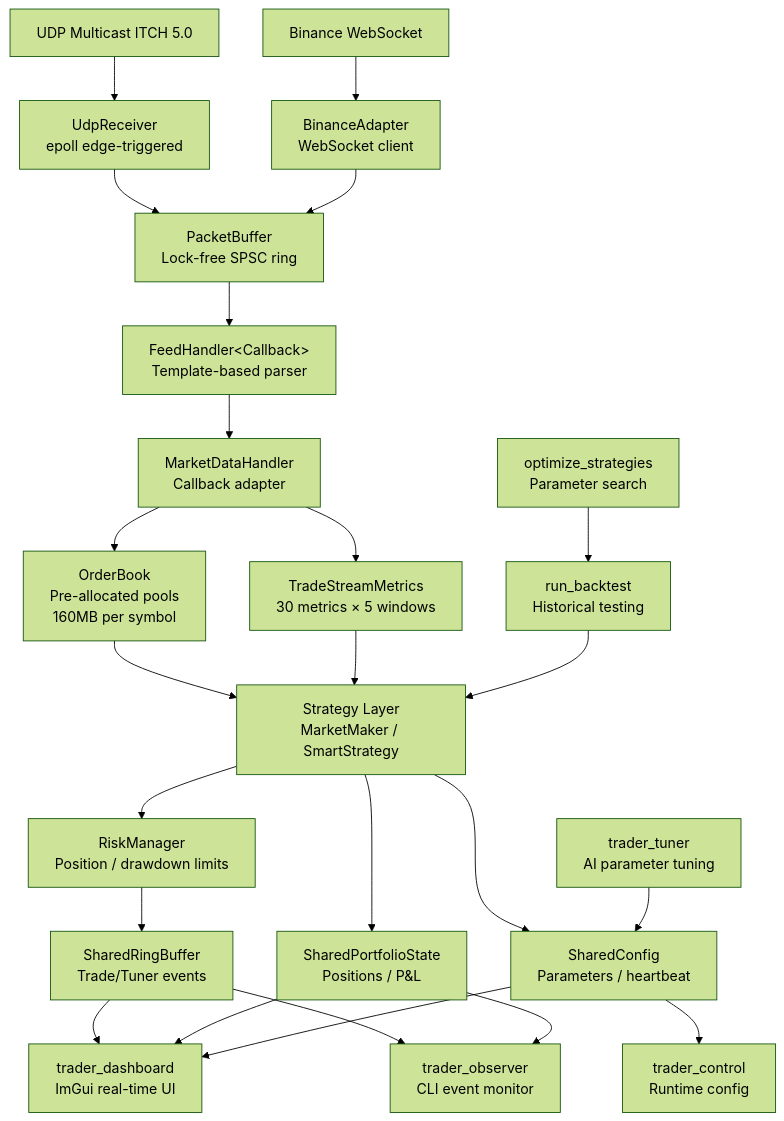
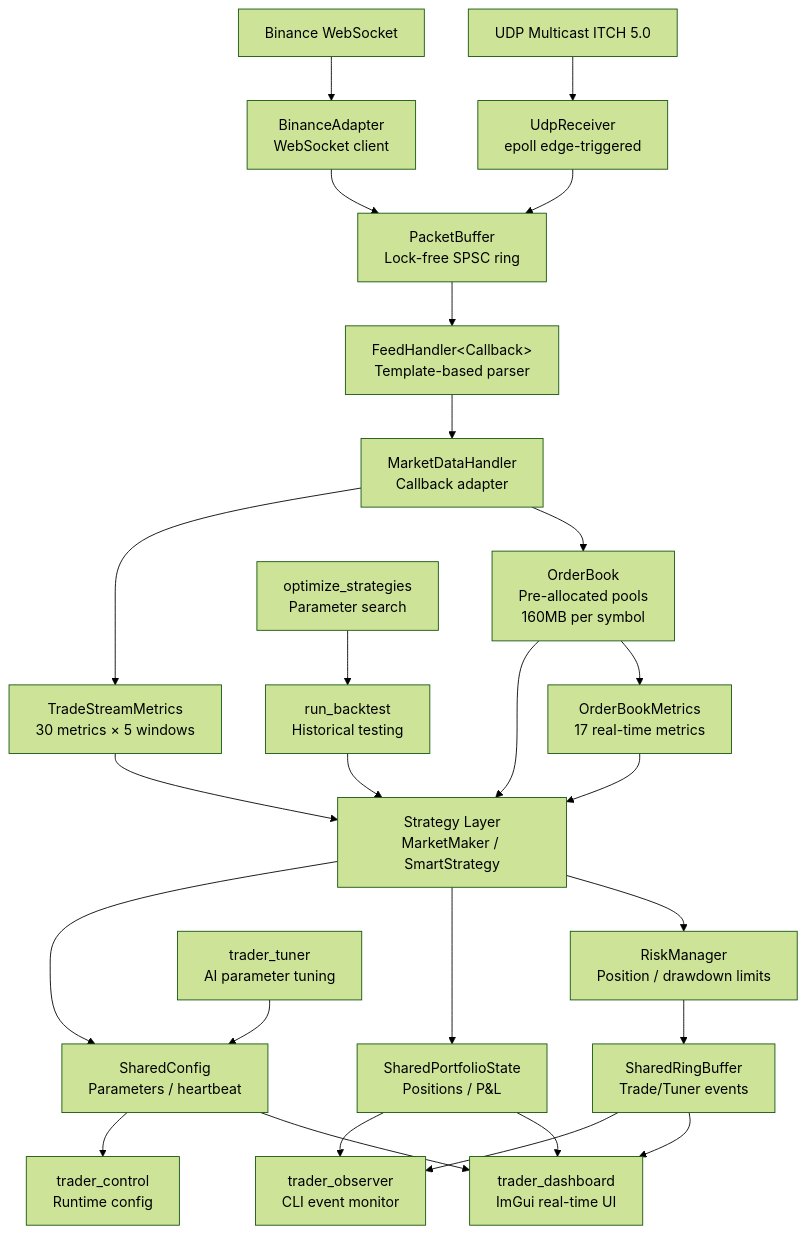
The first of 12 diagrams in ARCHITECTURE.md (orhanveliesen/hft-trading-system), drawn with Mermaid (forest theme) before and after one commit. The commit also changed other lines of this file and 6 other files, not shown here.

First line of the commit message:
[FEAT] #36: Add OrderBookMetrics with snapshot extraction

````diff
--- a/ARCHITECTURE.md
+++ b/ARCHITECTURE.md
@@ -7,45 +7,47 @@
 ```mermaid
 flowchart TD
     %% External Data Sources
     UDP[UDP Multicast ITCH 5.0] --> UdpReceiver
     WebSocket[Binance WebSocket] --> BinanceAdapter
 
     %% Network Layer
     UdpReceiver[UdpReceiver<br/>epoll edge-triggered] --> PacketBuffer[PacketBuffer<br/>Lock-free SPSC ring]
     BinanceAdapter[BinanceAdapter<br/>WebSocket client] --> PacketBuffer
 
     %% Parsing Layer
     PacketBuffer --> FeedHandler[FeedHandler&lt;Callback&gt;<br/>Template-based parser]
     FeedHandler --> MDHandler[MarketDataHandler<br/>Callback adapter]
 
     %% Market Data
     MDHandler --> OrderBook[OrderBook<br/>Pre-allocated pools<br/>160MB per symbol]
 
     %% Metrics Layer
-    MDHandler --> Metrics[TradeStreamMetrics<br/>30 metrics × 5 windows]
+    MDHandler --> TradeMetrics[TradeStreamMetrics<br/>30 metrics × 5 windows]
+    OrderBook --> BookMetrics[OrderBookMetrics<br/>17 real-time metrics]
 
     %% Strategy Layer
     OrderBook --> Strategy[Strategy Layer<br/>MarketMaker / SmartStrategy]
-    Metrics --> Strategy
+    TradeMetrics --> Strategy
+    BookMetrics --> Strategy
     Strategy --> RiskMgr[RiskManager<br/>Position / drawdown limits]
 
     %% IPC Layer
     RiskMgr --> IPC_Events[SharedRingBuffer<br/>Trade/Tuner events]
     Strategy --> IPC_Portfolio[SharedPortfolioState<br/>Positions / P&L]
     Strategy --> IPC_Config[SharedConfig<br/>Parameters / heartbeat]
 
     %% Consumers (read-only)
     IPC_Events --> Dashboard[trader_dashboard<br/>ImGui real-time UI]
     IPC_Portfolio --> Dashboard
     IPC_Config --> Dashboard
 
     IPC_Events --> Observer[trader_observer<br/>CLI event monitor]
     IPC_Portfolio --> Observer
 
     IPC_Config --> Control[trader_control<br/>Runtime config]
 
     %% Tools
     Backtest[run_backtest<br/>Historical testing] --> Strategy
     Optimizer[optimize_strategies<br/>Parameter search] --> Backtest
     Tuner[trader_tuner<br/>AI parameter tuning] --> IPC_Config
 ```
````
